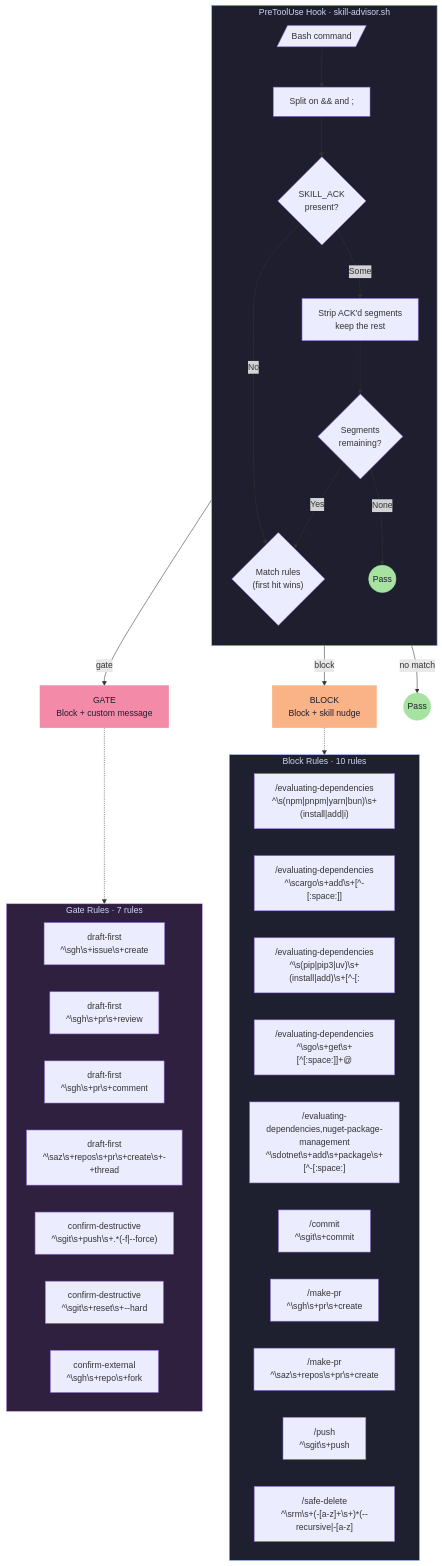
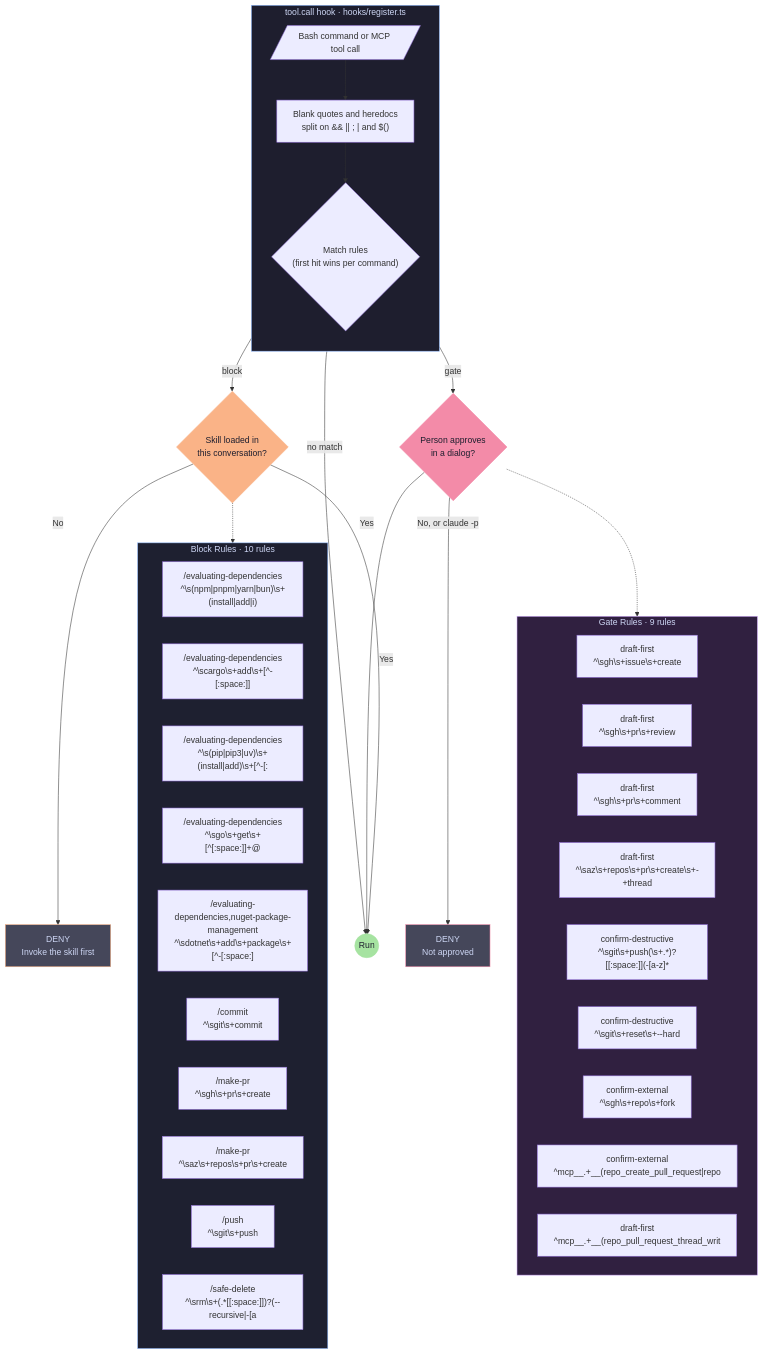
One commit to Saturate/agents changed the diagram in plugins/skill-router/diagrams/hook-flow.mmd. Above: the diagram before and after it, drawn with Mermaid. The commit also changed 24 other files, not shown here.

```diff
--- a/plugins/skill-router/diagrams/hook-flow.mmd
+++ b/plugins/skill-router/diagrams/hook-flow.mmd
@@ -1,60 +1,62 @@
 %% Auto-generated from advisor-rules.conf — do not edit by hand
 %% Regenerate: bash plugins/skill-router/scripts/generate-diagrams.sh
 flowchart TB
-    subgraph hook["PreToolUse Hook · skill-advisor.sh"]
+    subgraph hook["tool.call hook · hooks/register.ts"]
         direction TB
-        CMD[/"Bash command"/]
-        NORM["Split on && and ;"]
-        ACK{"SKILL_ACK\npresent?"}
-        STRIP["Strip ACK'd segments\nkeep the rest"]
-        EMPTY{"Segments\nremaining?"}
-        MATCH{"Match rules\n(first hit wins)"}
+        CMD[/"Bash command or MCP tool call"/]
+        NORM["Blank quotes and heredocs\nsplit on && || ; | and $()"]
+        MATCH{"Match rules\n(first hit wins per command)"}
 
-        CMD --> NORM --> ACK
-        ACK -->|"Some"| STRIP --> EMPTY
-        ACK -->|"No"| MATCH
-        EMPTY -->|"None"| PASS1(("Pass"))
-        EMPTY -->|"Yes"| MATCH
+        CMD --> NORM --> MATCH
     end
 
-    GATE["GATE\nBlock + custom message"]
-    BLOCK["BLOCK\nBlock + skill nudge"]
-    PASS2(("Pass"))
+    LOADED{"Skill loaded in\nthis conversation?"}
+    ASK{"Person approves\nin a dialog?"}
+    DENY1["DENY\nInvoke the skill first"]
+    DENY2["DENY\nNot approved"]
+    PASS(("Run"))
 
-    MATCH -->|"gate"| GATE
-    MATCH -->|"block"| BLOCK
-    MATCH -->|"no match"| PASS2
+    MATCH -->|"block"| LOADED
+    MATCH -->|"gate"| ASK
+    MATCH -->|"no match"| PASS
+    LOADED -->|"Yes"| PASS
+    LOADED -->|"No"| DENY1
+    ASK -->|"Yes"| PASS
+    ASK -->|"No, or claude -p"| DENY2
 
-    subgraph gates["Gate Rules · 7 rules"]
+    subgraph gates["Gate Rules · 9 rules"]
         G1["draft-first\n^\sgh\s+issue\s+create"]
         G2["draft-first\n^\sgh\s+pr\s+review"]
         G3["draft-first\n^\sgh\s+pr\s+comment"]
         G4["draft-first\n^\saz\s+repos\s+pr\s+create\s+-+thread"]
-        G5["confirm-destructive\n^\sgit\s+push\s+.*(-f|--force)"]
+        G5["confirm-destructive\n^\sgit\s+push(\s+.*)?[[:space:]](-[a-z]*"]
         G6["confirm-destructive\n^\sgit\s+reset\s+--hard"]
         G7["confirm-external\n^\sgh\s+repo\s+fork"]
+        G8["confirm-external\n^mcp__.+__(repo_create_pull_request|repo"]
+        G9["draft-first\n^mcp__.+__(repo_pull_request_thread_writ"]
     end
 
     subgraph blocks["Block Rules · 10 rules"]
         B1["/evaluating-dependencies\n^\s(npm|pnpm|yarn|bun)\s+(install|add|i)"]
         B2["/evaluating-dependencies\n^\scargo\s+add\s+[^-[:space:]]"]
         B3["/evaluating-dependencies\n^\s(pip|pip3|uv)\s+(install|add)\s+[^-[:"]
         B4["/evaluating-dependencies\n^\sgo\s+get\s+[^[:space:]]+@"]
         B5["/evaluating-dependencies,nuget-package-management\n^\sdotnet\s+add\s+package\s+[^-[:space:]"]
         B6["/commit\n^\sgit\s+commit"]
         B7["/make-pr\n^\sgh\s+pr\s+create"]
         B8["/make-pr\n^\saz\s+repos\s+pr\s+create"]
         B9["/push\n^\sgit\s+push"]
-        B10["/safe-delete\n^\srm\s+(-[a-z]+\s+)*(--recursive|-[a-z]"]
+        B10["/safe-delete\n^\srm\s+(.*[[:space:]])?(--recursive|-[a"]
     end
 
-    GATE -.-> gates
-    BLOCK -.-> blocks
+    ASK -.-> gates
+    LOADED -.-> blocks
 
     style hook fill:#1e1e2e,stroke:#89b4fa,color:#cdd6f4
-    style GATE fill:#f38ba8,stroke:#f38ba8,color:#1e1e2e
-    style BLOCK fill:#fab387,stroke:#fab387,color:#1e1e2e
-    style PASS1 fill:#a6e3a1,stroke:#a6e3a1,color:#1e1e2e
-    style PASS2 fill:#a6e3a1,stroke:#a6e3a1,color:#1e1e2e
+    style ASK fill:#f38ba8,stroke:#f38ba8,color:#1e1e2e
+    style LOADED fill:#fab387,stroke:#fab387,color:#1e1e2e
+    style DENY1 fill:#45475a,stroke:#fab387,color:#cdd6f4
+    style DENY2 fill:#45475a,stroke:#f38ba8,color:#cdd6f4
+    style PASS fill:#a6e3a1,stroke:#a6e3a1,color:#1e1e2e
     style gates fill:#302040,stroke:#cba6f7,color:#cdd6f4
     style blocks fill:#1e2030,stroke:#89b4fa,color:#cdd6f4
```
